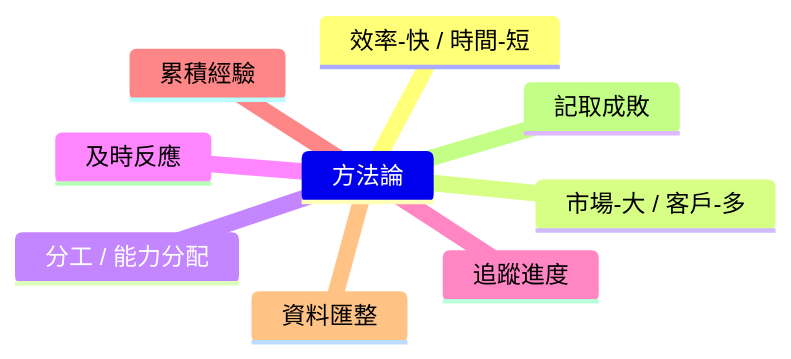
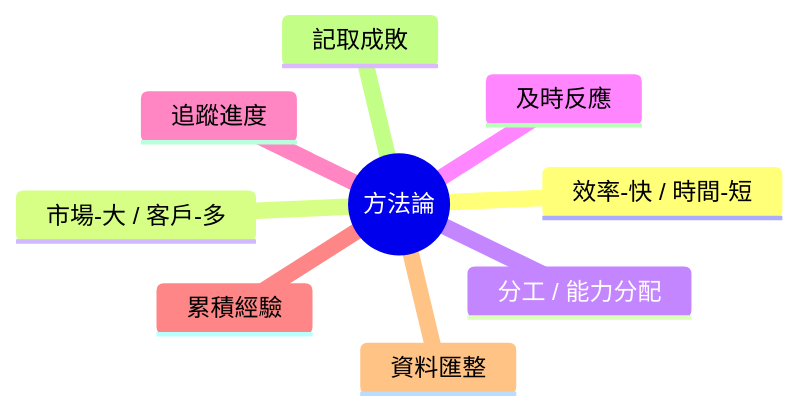
One commit to lankahsu520/HelperX changed the third of 3 diagrams in helper_DevelopmentandManage.md. Above: the diagram before and after it, drawn with Mermaid. The commit also changed other lines of this file and 6 other files, not shown here.

Commit message:
add mindmap root(())

````diff
--- a/helper_DevelopmentandManage.md
+++ b/helper_DevelopmentandManage.md
@@ -355,12 +355,12 @@
 ```mermaid
 mindmap
-	方法論
+	root((方法論))
 		效率-快 / 時間-短
 		市場-大 / 客戶-多
 		分工 / 能力分配
 		及時反應
 		追蹤進度
 		累積經驗
 		資料匯整
 		記取成敗
 ```
````
